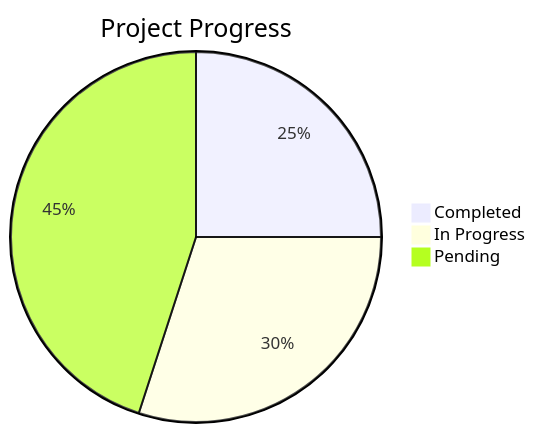
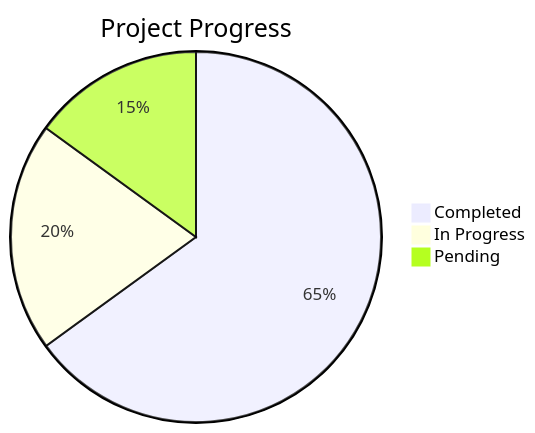
One commit to hafidsousa/meta-mcp changed the diagram in memory-bank/progress.md. Above: the diagram before and after it, drawn with Mermaid. The commit also changed other lines of this file and 9 other files, not shown here.

````diff
--- a/memory-bank/progress.md
+++ b/memory-bank/progress.md
@@ -42,7 +49,7 @@
 ```mermaid
 pie
     title Project Progress
-    "Completed" : 25
-    "In Progress" : 30
-    "Pending" : 45
+    "Completed" : 65
+    "In Progress" : 20
+    "Pending" : 15
 ```
````
